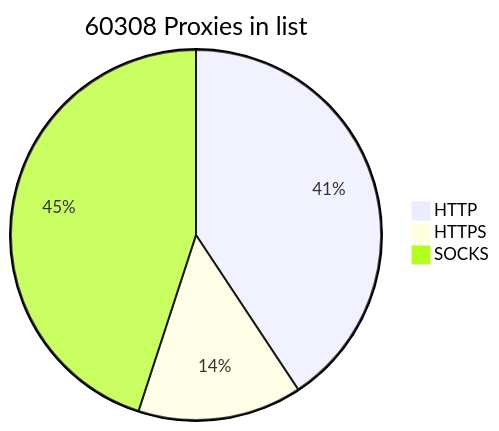
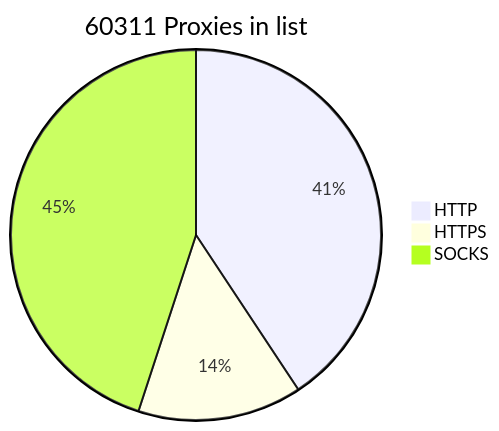
The diagram in README.md (BlackSnowDot/proxylist-update-every-minute), drawn with Mermaid before and after one commit.

````diff
--- a/README.md
+++ b/README.md
@@ -2,6 +2,6 @@
 ```mermaid
-pie title 60308 Proxies in list
+pie title 60311 Proxies in list
     "HTTP" : 27768
-    "HTTPS": 9776
+    "HTTPS": 9778
     "SOCKS" : 30688
 ```
````
